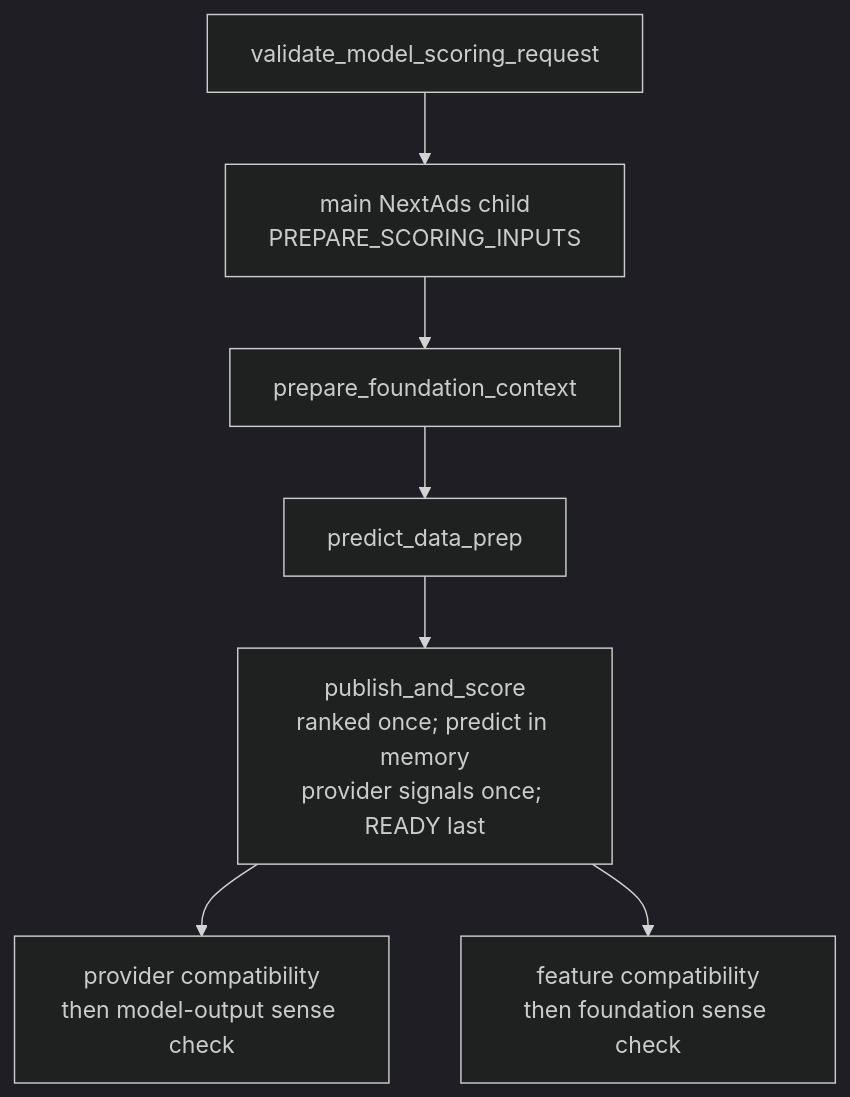
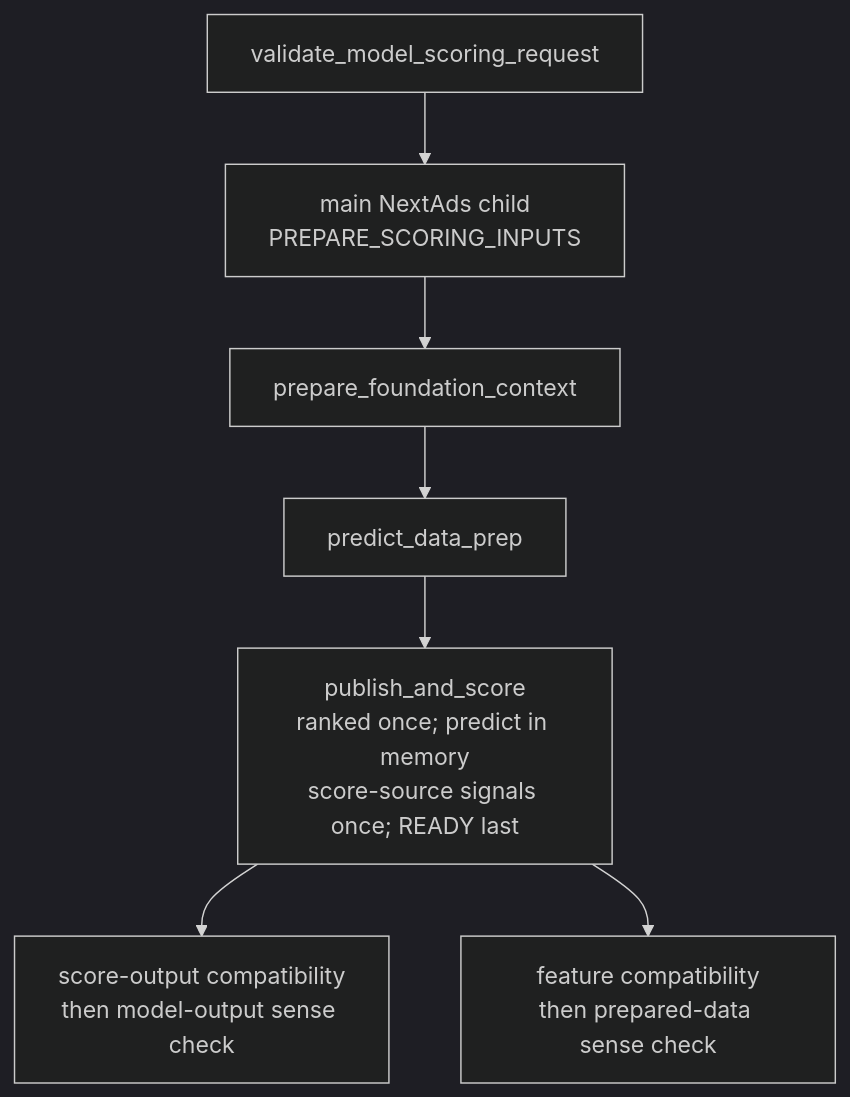
One commit to swblain-glyndwr/personal_project changed the fifth of 8 diagrams in docs/CICD/nextads_databricks_runtime_map.md. Above: the diagram before and after it, drawn with Mermaid (dark theme). The commit also changed other lines of this file and 23 other files, not shown here.

Commit message:
Document the complete NextAds operational flow

````diff
--- a/docs/CICD/nextads_databricks_runtime_map.md
+++ b/docs/CICD/nextads_databricks_runtime_map.md
@@ -355,8 +391,8 @@
 ```mermaid
 flowchart TD
   validate_model_scoring_request --> prepare_scoring_inputs["main NextAds child<br/>PREPARE_SCORING_INPUTS"]
   prepare_scoring_inputs --> prepare_foundation_context --> predict_data_prep
-  predict_data_prep --> publish_and_score["publish_and_score<br/>ranked once; predict in memory<br/>provider signals once; READY last"]
-  publish_and_score --> provider_compatibility["provider compatibility<br/>then model-output sense check"]
-  publish_and_score --> feature_compatibility["feature compatibility<br/>then foundation sense check"]
+  predict_data_prep --> publish_and_score["publish_and_score<br/>ranked once; predict in memory<br/>score-source signals once; READY last"]
+  publish_and_score --> provider_compatibility["score-output compatibility<br/>then model-output sense check"]
+  publish_and_score --> feature_compatibility["feature compatibility<br/>then prepared-data sense check"]
 ```
````
